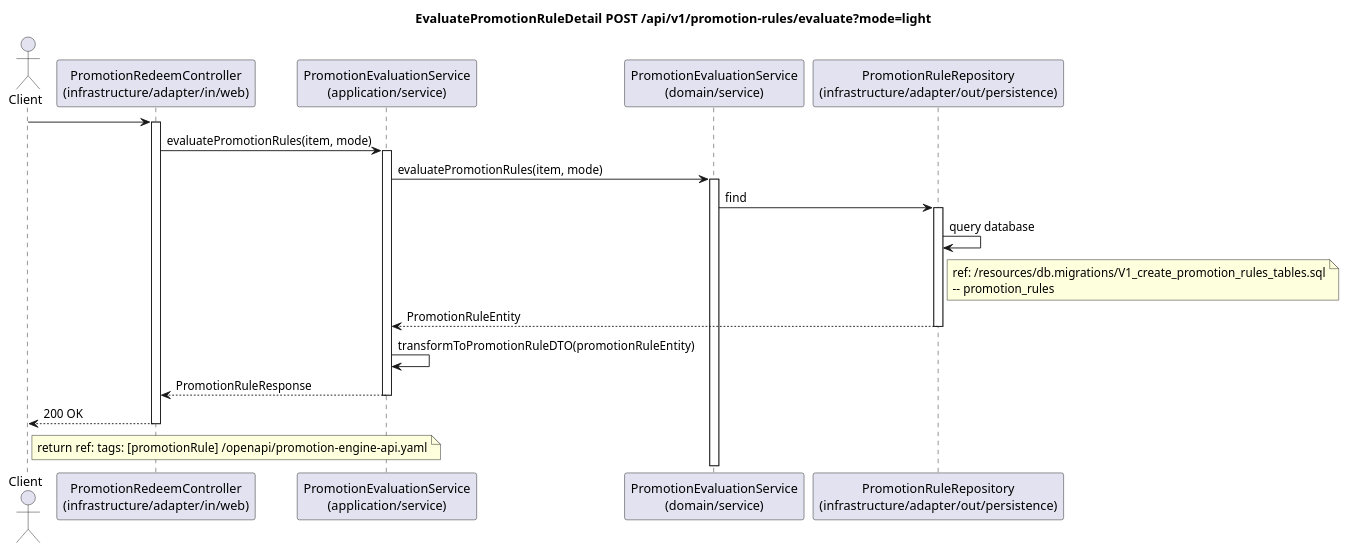
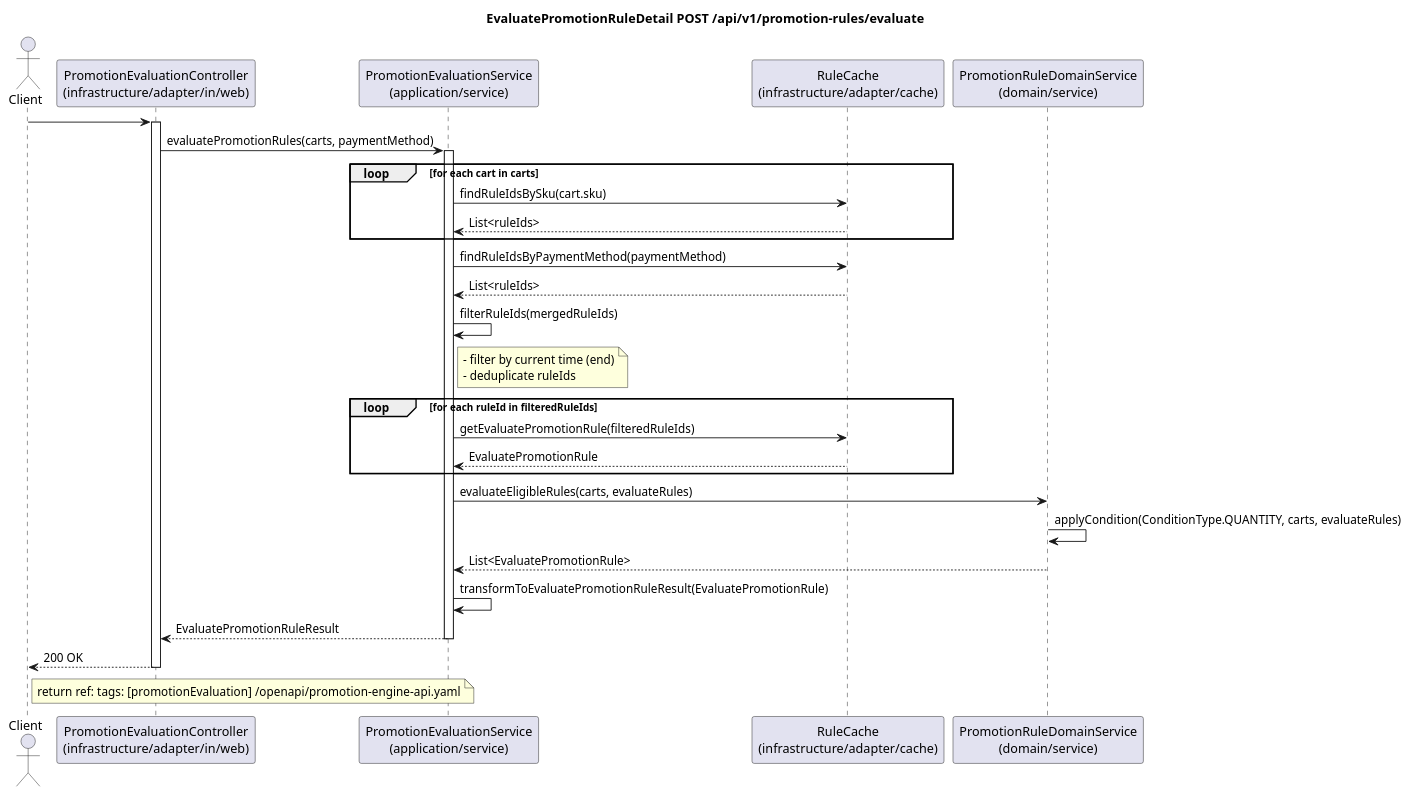
The diagram in src/main/resources/sequence-diagram/evaluate-promotion.puml (champ-sukra/clean-spring-boot), drawn with PlantUML before and after one commit. The commit also changed 23 other files, not shown here.

Commit message:
support evaluate condition-type: quantity

```diff
--- a/src/main/resources/sequence-diagram/evaluate-promotion.puml
+++ b/src/main/resources/sequence-diagram/evaluate-promotion.puml
@@ -1,62 +1,76 @@
 @startuml
 'https://plantuml.com/sequence-diagram
 
-title EvaluatePromotionRuleDetail POST /api/v1/promotion-rules/evaluate?mode=light
+title EvaluatePromotionRuleDetail POST /api/v1/promotion-rules/evaluate
 
 actor Client
-participant "PromotionRedeemController\n(infrastructure/adapter/in/web)" as Controller
+participant "PromotionEvaluationController\n(infrastructure/adapter/in/web)" as Controller
 participant "PromotionEvaluationService\n(application/service)" as Service
-participant "PromotionEvaluationService\n(domain/service)" as DomainService
-participant "PromotionRuleRepository\n(infrastructure/adapter/out/persistence)" as Repository
+participant "RuleCache\n(infrastructure/adapter/cache)" as Cache
+participant "PromotionRuleDomainService\n(domain/service)" as DomainService
 
 Client -> Controller
 activate Controller
 'Controller -> Controller: validateQueryParams
 'alt invalid parameters
 '    Client <-- Controller: 400
 '    note right of Client
 '    {
 '      "code": "invalid_request",
 '      "message": "Invalid status value"
 '    }
 '    end note
 '    deactivate Controller
 'end
 
 
 
 'RuleIndex -> RuleIndex: lookup SKU ruleIds\n( product_rule_map[sku] )
 'RuleIndex -> RuleIndex: lookup category ruleIds\n( category_rule_map[category] )
 'RuleIndex -> RuleIndex: lookup payment ruleIds\n( payment_rule_map[payment] )
 'RuleIndex -> RuleIndex: lookup segment ruleIds\n( segment_rule_map[segment] )
 
 
-Controller -> Service: evaluatePromotionRules(item, mode)
+Controller -> Service: evaluatePromotionRules(carts, paymentMethod)
 activate Service
 
-Service -> DomainService: evaluatePromotionRules(item, mode)
-activate DomainService
+'Service -> DomainService: evaluatePromotionRules(carts, paymentMethod)
+'activate DomainService
 
-DomainService -> Repository: find
-activate Repository
+loop for each cart in carts
+    Service -> Cache: findRuleIdsBySku(cart.sku)
+    Service <-- Cache: List<ruleIds>
+end
+Service -> Cache: findRuleIdsByPaymentMethod(paymentMethod)
+Service <-- Cache: List<ruleIds>
 
-Repository -> Repository: query database
-note right of Repository
-ref: ~/resources/db.migrations/V1_create_promotion_rules_tables.sql
--- promotion_rules
+Service -> Service: filterRuleIds(mergedRuleIds)
+note right of Service
+- filter by current time (end)
+- deduplicate ruleIds
 end note
+loop for each ruleId in filteredRuleIds
+    Service -> Cache: getEvaluatePromotionRule(filteredRuleIds)
+    Service <-- Cache: EvaluatePromotionRule
+end
 
-Repository --> Service: PromotionRuleEntity
-deactivate Repository
+Service -> DomainService: evaluateEligibleRules(carts, evaluateRules)
+DomainService -> DomainService: applyCondition(ConditionType.QUANTITY, carts, evaluateRules)
+note right of DomainService
+'- filter by quota
+'- sortEvaluatePromotionRulesByPriority
+end note
+Service <-- DomainService: List<EvaluatePromotionRule>
 
-Service -> Service: transformToPromotionRuleDTO(promotionRuleEntity)
-Service --> Controller: PromotionRuleResponse
+
+Service -> Service: transformToEvaluatePromotionRuleResult(EvaluatePromotionRule)
+Service --> Controller: EvaluatePromotionRuleResult
 deactivate Service
 
 Controller --> Client: 200 OK
 note right of Client
-return ref: tags: [promotionRule]  ~/openapi/promotion-engine-api.yaml
+return ref: tags: [promotionEvaluation]  ~/openapi/promotion-engine-api.yaml
 end note
 deactivate Controller
 
 @enduml
```
